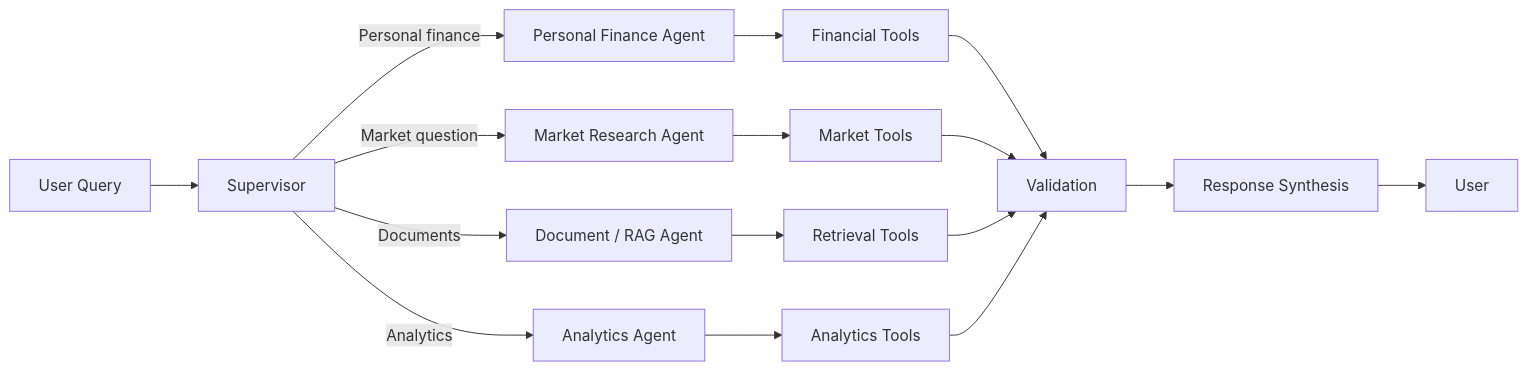
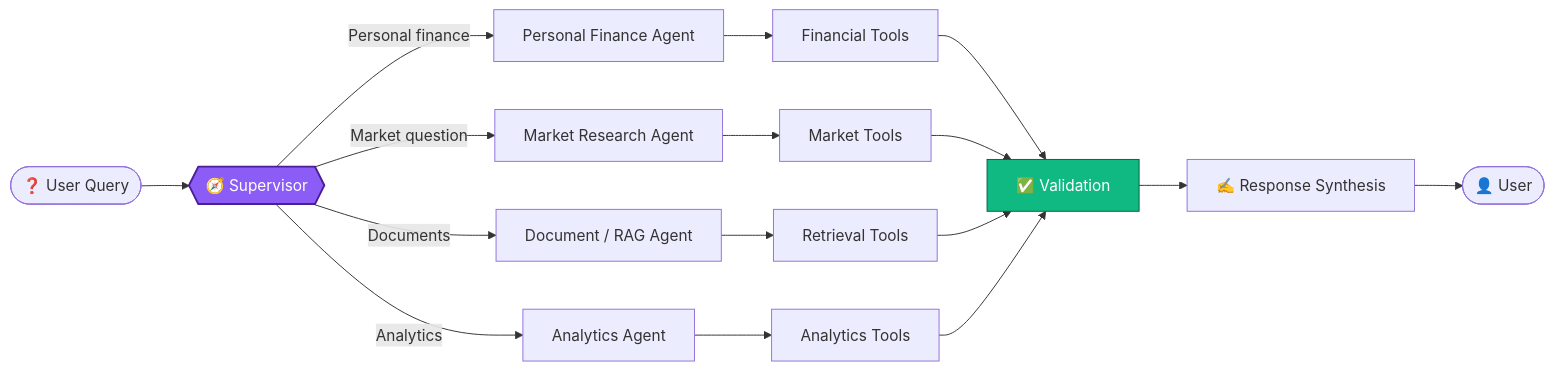
The third of 18 diagrams in README.md (aditisaha1089/Fintoran), drawn with Mermaid before and after one commit. The commit also changed other lines of this file, not shown here.

````diff
--- a/README.md
+++ b/README.md
@@ -223,23 +190,23 @@
 ```mermaid
 flowchart LR
+    Q(["❓ User Query"]) --> S{{"🧭 Supervisor"}}
 
-    Q[User Query] --> S[Supervisor]
+    S -->|Personal finance| P["Personal Finance Agent"]
+    S -->|Market question| M["Market Research Agent"]
+    S -->|Documents| D["Document / RAG Agent"]
+    S -->|Analytics| A["Analytics Agent"]
 
-    S -->|Personal finance| P[Personal Finance Agent]
-    S -->|Market question| M[Market Research Agent]
-    S -->|Documents| D[Document / RAG Agent]
-    S -->|Analytics| A[Analytics Agent]
+    P --> T1["Financial Tools"]
+    M --> T2["Market Tools"]
+    D --> T3["Retrieval Tools"]
+    A --> T4["Analytics Tools"]
 
-    P --> T1[Financial Tools]
-    M --> T2[Market Tools]
-    D --> T3[Retrieval Tools]
-    A --> T4[Analytics Tools]
+    T1 & T2 & T3 & T4 --> V["✅ Validation"]
+    V --> R["✍️ Response Synthesis"]
+    R --> O(["👤 User"])
 
-    T1 --> V[Validation]
-    T2 --> V
-    T3 --> V
-    T4 --> V
-
-    V --> R[Response Synthesis]
-    R --> O[User]
+    classDef sup fill:#8B5CF6,stroke:#4C1D95,color:#fff,stroke-width:2px
+    classDef ok fill:#10B981,stroke:#065F46,color:#fff
+    class S sup
+    class V ok
 ```
````
